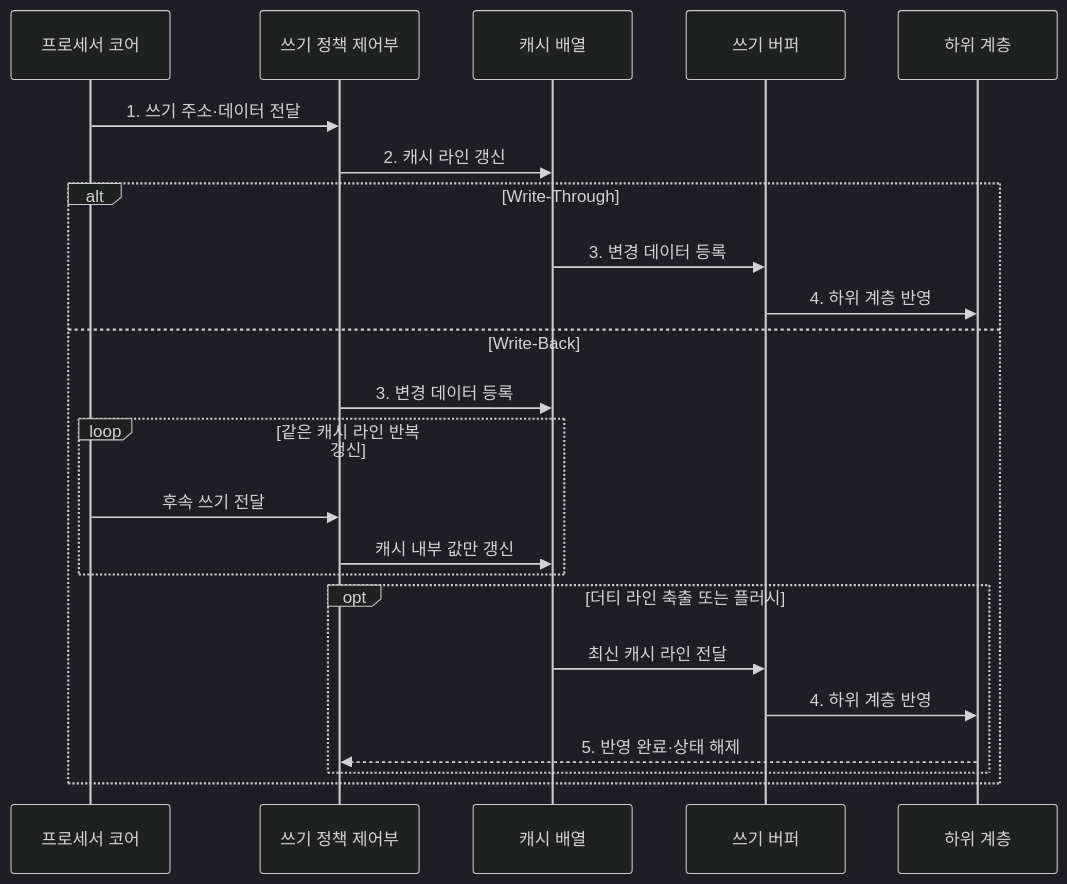
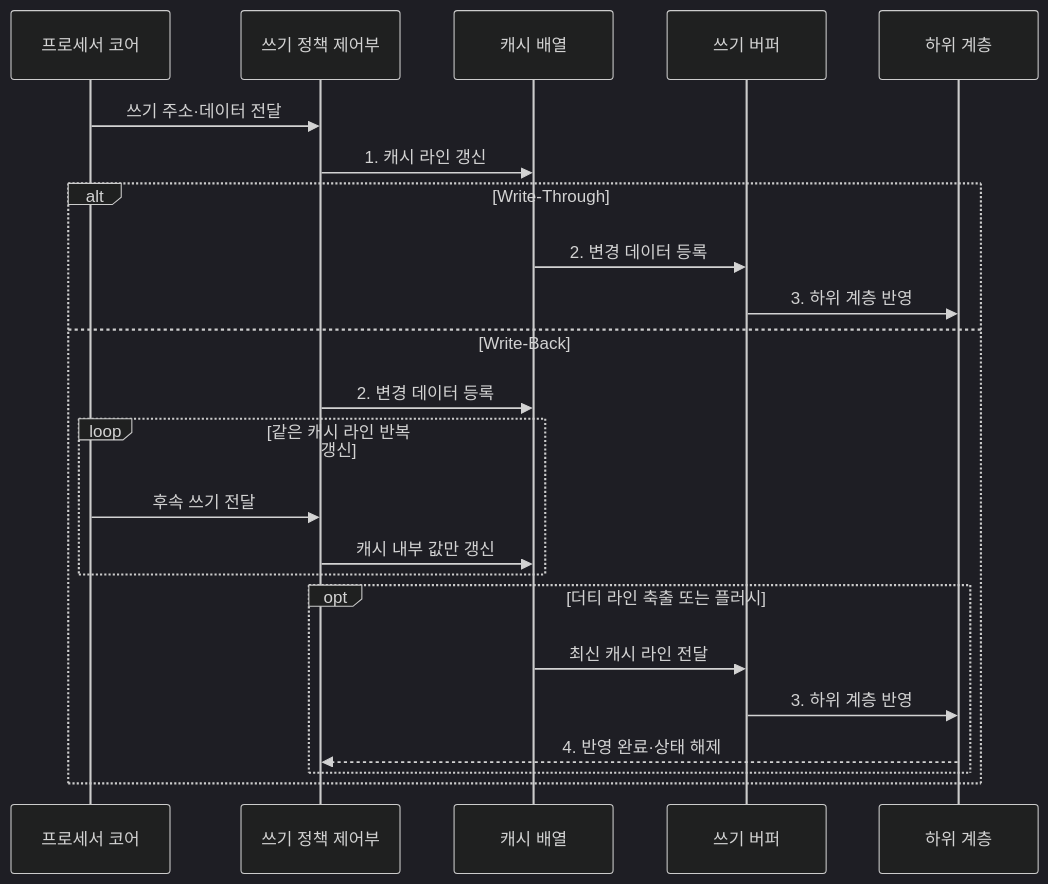
Before and after one commit to agnusdei1207/knowledge-base: the second of 2 diagrams in src/content/docs/notes/02-hardware/013_cache_write_policy.md, drawn with Mermaid (dark theme). The commit also changed other lines of this file and 19 other files, not shown here.

````diff
--- a/src/content/docs/notes/02-hardware/013_cache_write_policy.md
+++ b/src/content/docs/notes/02-hardware/013_cache_write_policy.md
@@ -84,26 +85,26 @@
 ```mermaid
 sequenceDiagram
     participant C as 프로세서 코어
     participant P as 쓰기 정책 제어부
     participant A as 캐시 배열
     participant W as 쓰기 버퍼
     participant L as 하위 계층
 
-    C->>P: 1. 쓰기 주소·데이터 전달
-    P->>A: 2. 캐시 라인 갱신
+    C->>P: 쓰기 주소·데이터 전달
+    P->>A: 1. 캐시 라인 갱신
     alt Write-Through
-        A->>W: 3. 변경 데이터 등록
-        W->>L: 4. 하위 계층 반영
+        A->>W: 2. 변경 데이터 등록
+        W->>L: 3. 하위 계층 반영
     else Write-Back
-        P->>A: 3. 변경 데이터 등록
+        P->>A: 2. 변경 데이터 등록
         loop 같은 캐시 라인 반복 갱신
             C->>P: 후속 쓰기 전달
             P->>A: 캐시 내부 값만 갱신
         end
         opt 더티 라인 축출 또는 플러시
             A->>W: 최신 캐시 라인 전달
-            W->>L: 4. 하위 계층 반영
-            L-->>P: 5. 반영 완료·상태 해제
+            W->>L: 3. 하위 계층 반영
+            L-->>P: 4. 반영 완료·상태 해제
         end
     end
 ```
````
